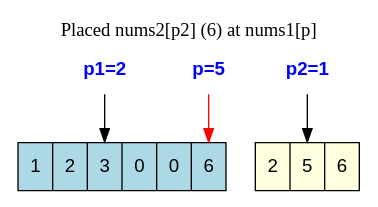
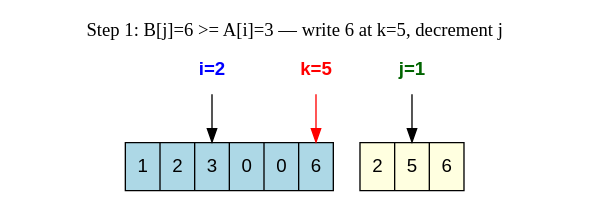
Before and after one commit to jensonp/leetcode: the diagram in 088-merge-sorted-array/dot/step1.dot, drawn with Graphviz. The commit also changed 23 other files, not shown here.

Commit message:
Full workflow-compliant 088 README: glossary, 3-claim proof, 30-sec interview proof, 11 diagrams, mapping table

```diff
--- a/088-merge-sorted-array/dot/step1.dot
+++ b/088-merge-sorted-array/dot/step1.dot
@@ -1,13 +1,10 @@
 digraph G {
-    rankdir=TB;
-    node [shape=record, fontname="Helvetica", style=filled, fillcolor=white];
+    rankdir=TB; node [shape=record, fontname="Helvetica", style=filled, fillcolor=white];
     nums1 [label="<f0> 1|<f1> 2|<f2> 3|<f3> 0|<f4> 0|<f5> 6", fillcolor=lightblue];
     nums2 [label="<f0> 2|<f1> 5|<f2> 6", fillcolor=lightyellow];
-    node [shape=plaintext, fillcolor=none, fontcolor=blue, fontname="Helvetica-Bold"];
-    p1 [label="p1=2"]; p1 -> nums1:f2;
-p2 [label="p2=1"]; p2 -> nums2:f1;
-p [label="p=5"]; p -> nums1:f5 [color=red, fontcolor=red];
-    labelloc="t";
-    label="Placed nums2[p2] (6) at nums1[p]";
-    fontsize=14;
+    node [shape=plaintext, fillcolor=none, fontname="Helvetica-Bold"];
+    i [label="i=2", fontcolor=blue]; i -> nums1:f2;
+j [label="j=1", fontcolor=darkgreen]; j -> nums2:f1;
+k [label="k=5", fontcolor=red]; k -> nums1:f5 [color=red];
+labelloc="t"; label="Step 1: B[j]=6 >= A[i]=3 — write 6 at k=5, decrement j"; fontsize=14;
 }
```
